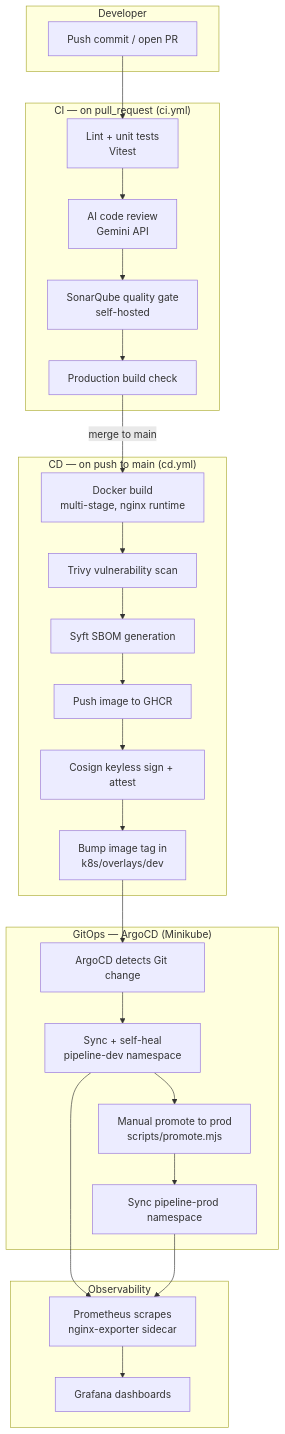
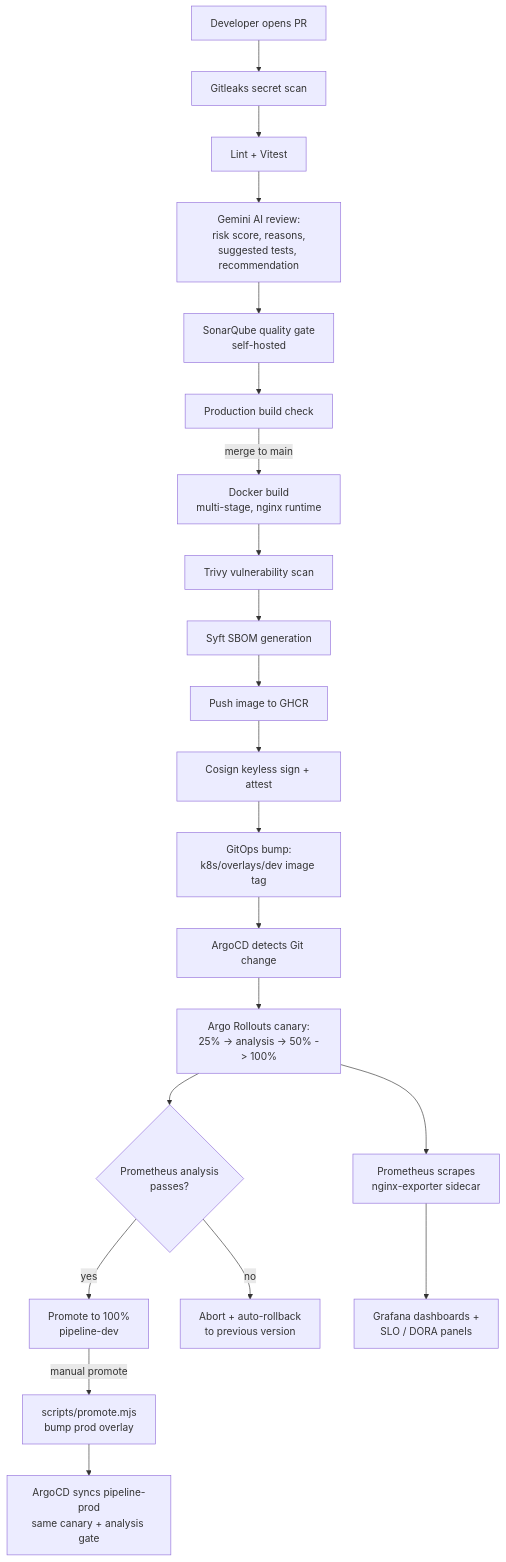
The diagram in docs/ARCHITECTURE.md (Asmitha-Reddy2/ai-cicd-pipeline), drawn with Mermaid before and after one commit. The commit also changed other lines of this file and 5 other files, not shown here.

````diff
--- a/docs/ARCHITECTURE.md
+++ b/docs/ARCHITECTURE.md
@@ -16,41 +19,26 @@
 ```mermaid
 flowchart TD
-    subgraph Dev["Developer"]
-        A[Push commit / open PR]
-    end
+    A[Developer opens PR] --> B[Gitleaks secret scan]
+    B --> C[Lint + Vitest]
+    C --> D[Gemini AI review:<br/>risk score, reasons,<br/>suggested tests, recommendation]
+    D --> E[SonarQube quality gate<br/>self-hosted]
+    E --> F[Production build check]
 
-    subgraph CI["CI — on pull_request (ci.yml)"]
-        B[Lint + unit tests<br/>Vitest]
-        C[AI code review<br/>Gemini API]
-        D[SonarQube quality gate<br/>self-hosted]
-        E[Production build check]
-    end
+    F -->|merge to main| G[Docker build<br/>multi-stage, nginx runtime]
+    G --> H[Trivy vulnerability scan]
+    H --> I[Syft SBOM generation]
+    I --> J[Push image to GHCR]
+    J --> K[Cosign keyless sign + attest]
+    K --> L[GitOps bump:<br/>k8s/overlays/dev image tag]
 
-    subgraph CD["CD — on push to main (cd.yml)"]
-        F[Docker build<br/>multi-stage, nginx runtime]
-        G[Trivy vulnerability scan]
-        H[Syft SBOM generation]
-        I[Push image to GHCR]
-        J[Cosign keyless sign + attest]
-        K[Bump image tag in<br/>k8s/overlays/dev]
-    end
+    L --> M[ArgoCD detects Git change]
+    M --> N[Argo Rollouts canary:<br/>25% -> analysis -> 50% -> 100%]
+    N --> O{Prometheus analysis<br/>passes?}
+    O -->|yes| P[Promote to 100%<br/>pipeline-dev]
+    O -->|no| Q[Abort + auto-rollback<br/>to previous version]
+    P -->|manual promote| R[scripts/promote.mjs<br/>bump prod overlay]
+    R --> S[ArgoCD syncs pipeline-prod<br/>same canary + analysis gate]
 
-    subgraph GitOps["GitOps — ArgoCD (Minikube)"]
-        L[ArgoCD detects Git change]
-        M[Sync + self-heal<br/>pipeline-dev namespace]
-        N[Manual promote to prod<br/>scripts/promote.mjs]
-        O[Sync pipeline-prod namespace]
-    end
-
-    subgraph Obs["Observability"]
-        P[Prometheus scrapes<br/>nginx-exporter sidecar]
-        Q[Grafana dashboards]
-    end
-
-    A --> B --> C --> D --> E
-    E -->|merge to main| F --> G --> H --> I --> J --> K
-    K --> L --> M --> N --> O
-    M --> P
-    O --> P
-    P --> Q
+    N --> T[Prometheus scrapes<br/>nginx-exporter sidecar]
+    T --> U[Grafana dashboards +<br/>SLO / DORA panels]
 ```
````
